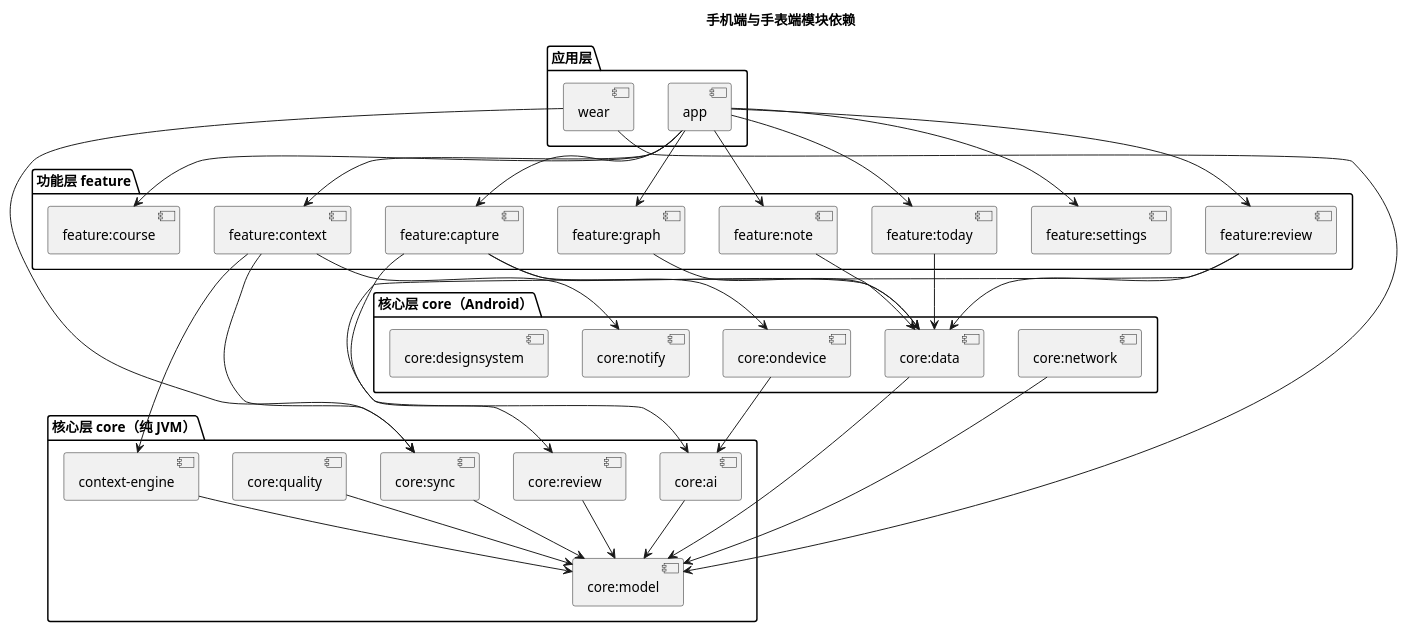
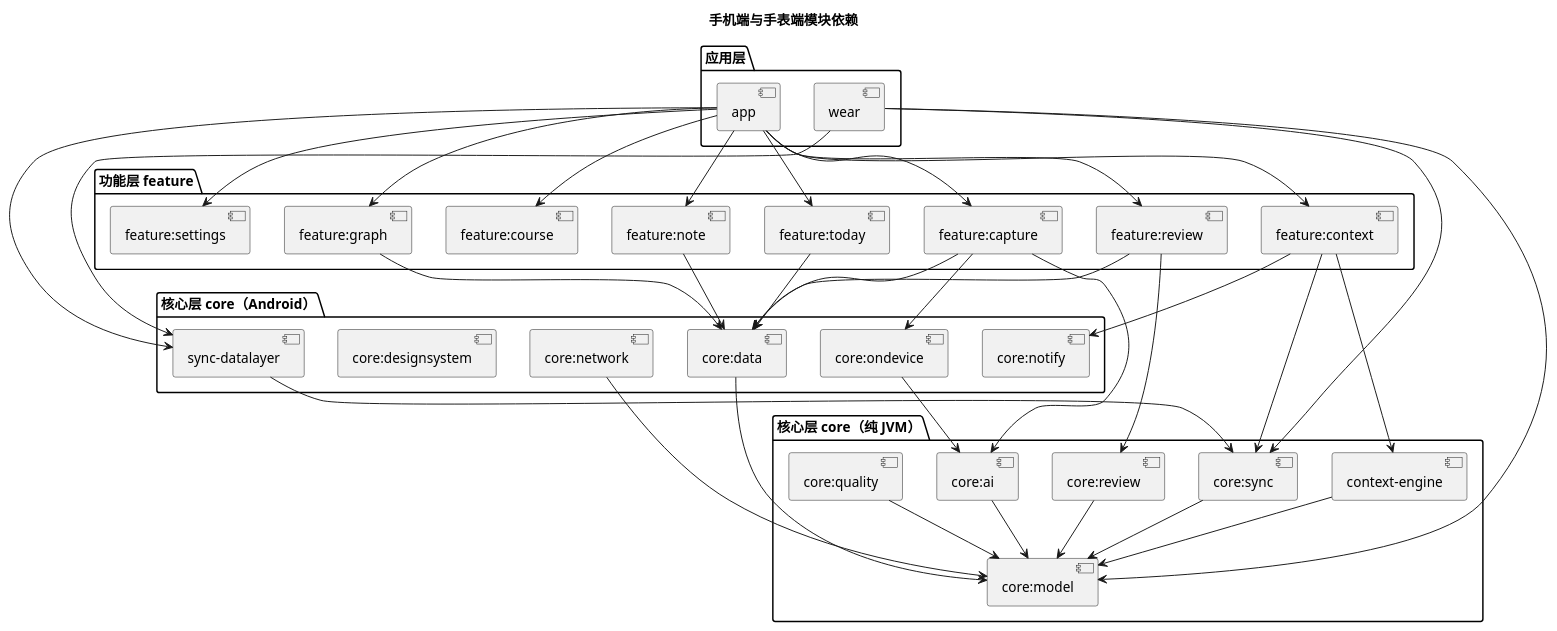
The second of 3 diagrams in docs/02-design/01-architecture.md (Haoyu-Wang818/lingxi), drawn with PlantUML before and after one commit. The commit also changed other lines of this file and 5 other files, not shown here.

````diff
--- a/docs/02-design/01-architecture.md
+++ b/docs/02-design/01-architecture.md
@@ -54,63 +54,67 @@
 ```plantuml
 @startuml
 title 手机端与手表端模块依赖
 package "应用层" {
   [app] as app
   [wear] as wear
 }
 package "功能层 feature" {
   [feature:today] as ftoday
   [feature:review] as freview
   [feature:capture] as fcapture
   [feature:note] as fnote
   [feature:graph] as fgraph
   [feature:course] as fcourse
   [feature:context] as fctx
   [feature:settings] as fset
 }
 package "核心层 core（Android）" {
   [core:data] as data
   [core:network] as net
   [core:ondevice] as ondev
   [core:notify] as notify
   [core:designsystem] as ds
+  [sync-datalayer] as dl
 }
 package "核心层 core（纯 JVM）" {
   [core:model] as model
   [core:review] as review
   [core:ai] as ai
   [core:sync] as sync
   [core:quality] as quality
   [context-engine] as ctx
 }
 app --> ftoday
 app --> freview
 app --> fcapture
 app --> fnote
 app --> fgraph
 app --> fcourse
 app --> fctx
 app --> fset
 wear --> sync
 wear --> model
 ftoday --> data
 freview --> data
 freview --> review
 fcapture --> ondev
 fcapture --> data
 fcapture --> ai
 fnote --> data
 fgraph --> data
 fctx --> ctx
 fctx --> notify
 fctx --> sync
+dl --> sync
+app --> dl
+wear --> dl
 data --> model
 net --> model
 ondev --> ai
 ai --> model
 review --> model
 sync --> model
 quality --> model
 ctx --> model
 @enduml
 ```
````
